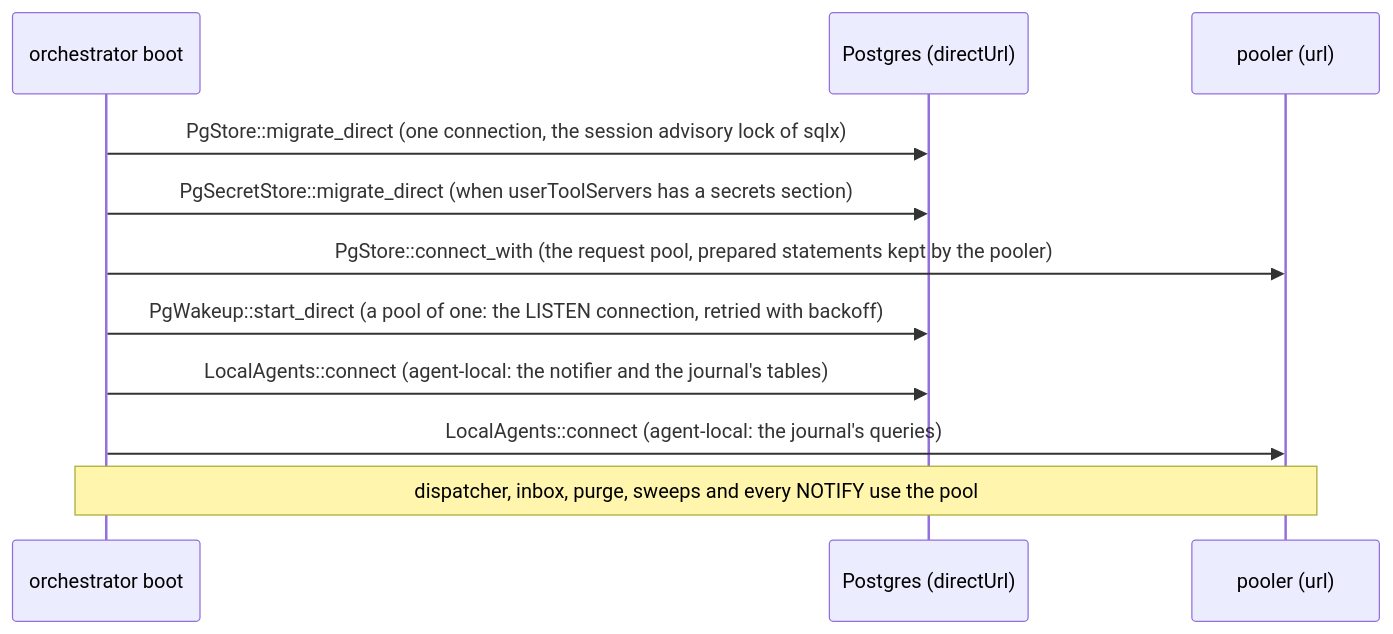
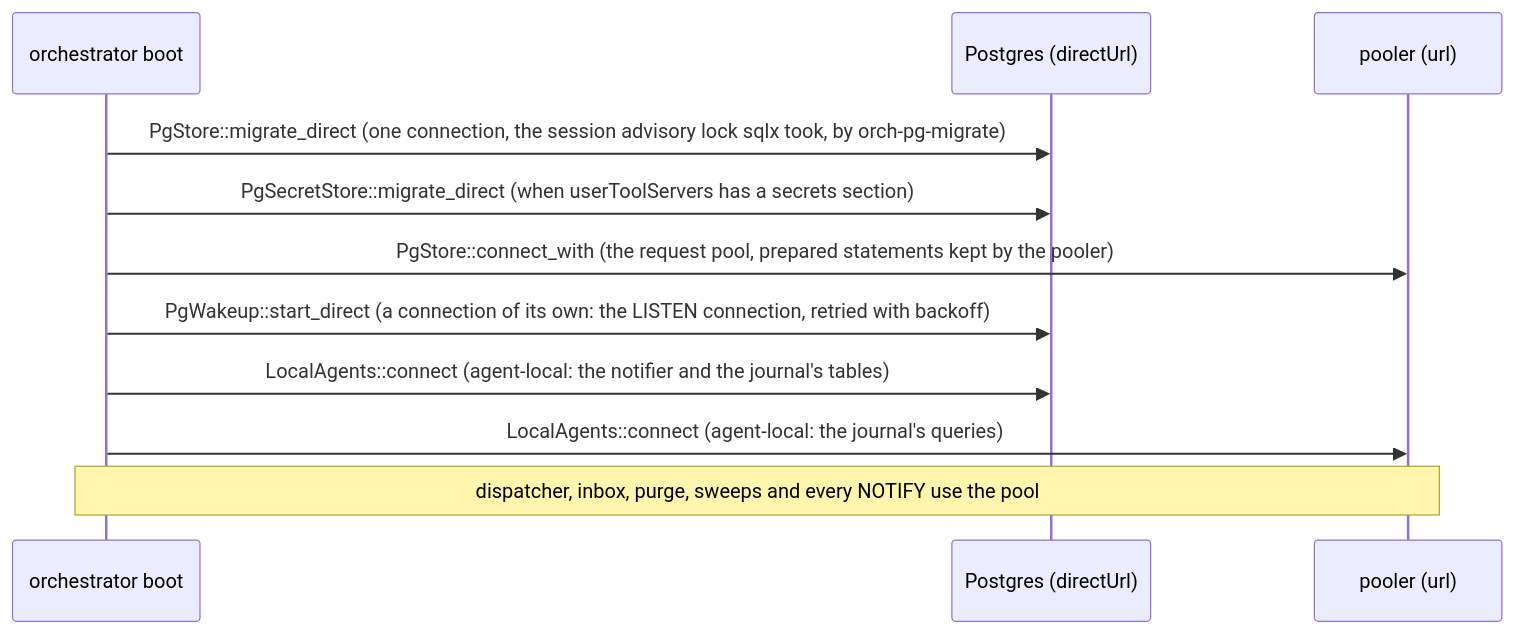
Diagram 55 of 56 in docs/orchestrator.md (vymalo/another-agentic-system), drawn with Mermaid before and after one commit. The commit also changed other lines of this file, not shown here.

First line of the commit message:
docs(orchestrator): the thread store is on tokio-postgres (#382 E1)

````diff
--- a/docs/orchestrator.md
+++ b/docs/orchestrator.md
@@ -2897,13 +2897,13 @@
 ```mermaid
 sequenceDiagram
   participant B as orchestrator boot
   participant D as Postgres (directUrl)
   participant P as pooler (url)
-  B->>D: PgStore::migrate_direct (one connection, the session advisory lock of sqlx)
+  B->>D: PgStore::migrate_direct (one connection, the session advisory lock sqlx took, by orch-pg-migrate)
   B->>D: PgSecretStore::migrate_direct (when userToolServers has a secrets section)
   B->>P: PgStore::connect_with (the request pool, prepared statements kept by the pooler)
-  B->>D: PgWakeup::start_direct (a pool of one: the LISTEN connection, retried with backoff)
+  B->>D: PgWakeup::start_direct (a connection of its own: the LISTEN connection, retried with backoff)
   B->>D: LocalAgents::connect (agent-local: the notifier and the journal's tables)
   B->>P: LocalAgents::connect (agent-local: the journal's queries)
   Note over B,P: dispatcher, inbox, purge, sweeps and every NOTIFY use the pool
 ```
````
